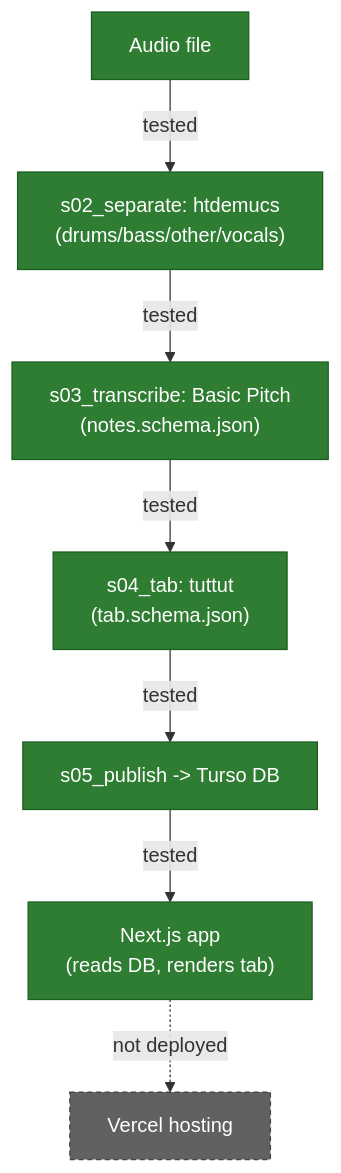
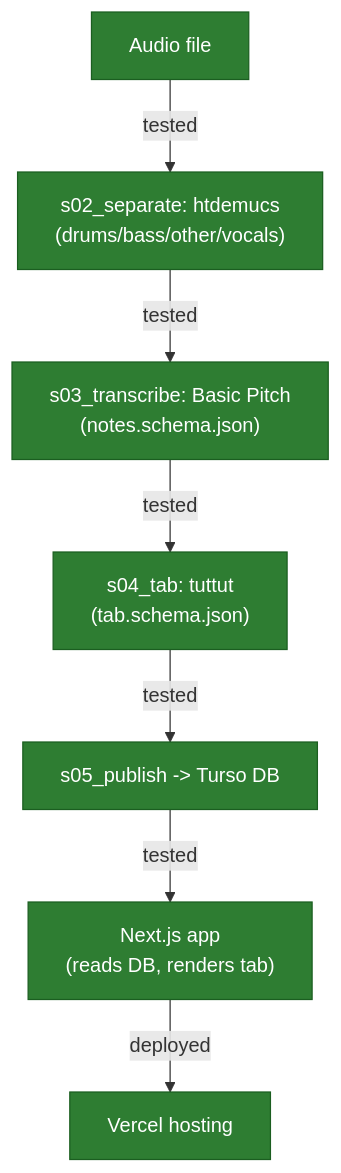
One commit to Tomekks/Music-tab-processor changed the diagram in docs/ARCHITECTURE.md. Above: the diagram before and after it, drawn with Mermaid. The commit also changed other lines of this file and 10 other files, not shown here.

````diff
--- a/docs/ARCHITECTURE.md
+++ b/docs/ARCHITECTURE.md
@@ -17,14 +17,13 @@
 ```mermaid
 flowchart TD
     A[Audio file] -->|tested| B["s02_separate: htdemucs\n(drums/bass/other/vocals)"]
     B -->|tested| C["s03_transcribe: Basic Pitch\n(notes.schema.json)"]
     C -->|tested| D["s04_tab: tuttut\n(tab.schema.json)"]
     D -->|tested| E["s05_publish -> Turso DB"]
     E -->|tested| F["Next.js app\n(reads DB, renders tab)"]
-    F -.->|not deployed| G[Vercel hosting]
+    F -->|deployed| G[Vercel hosting]
 
     classDef tested fill:#2e7d32,stroke:#1b5e20,color:#fff
     classDef untested fill:#616161,stroke:#424242,color:#fff,stroke-dasharray: 4 3
-    class A,B,C,D,E,F tested
-    class G untested
+    class A,B,C,D,E,F,G tested
 ```
````
